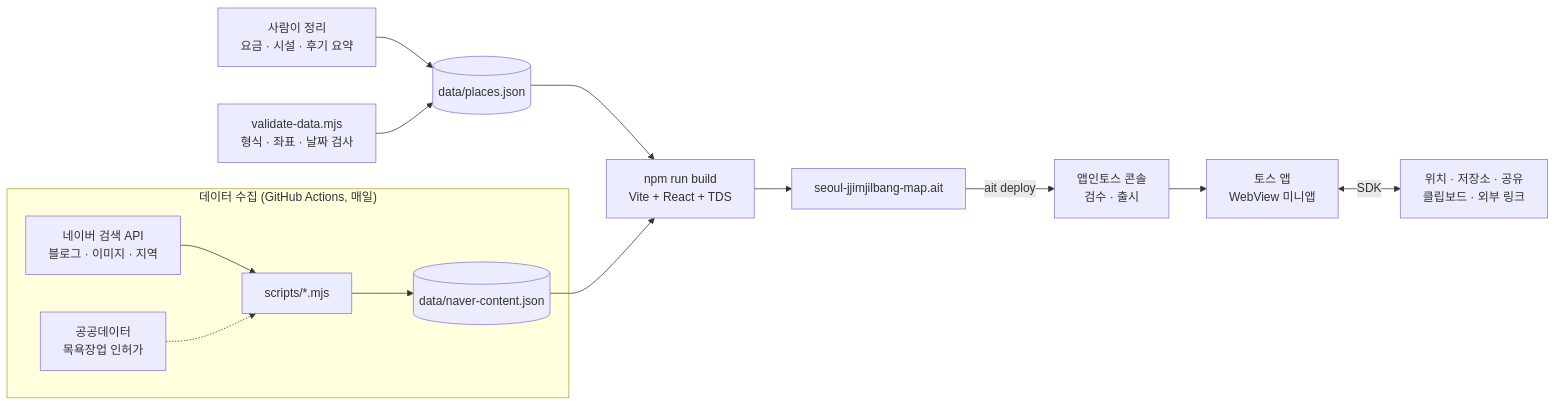
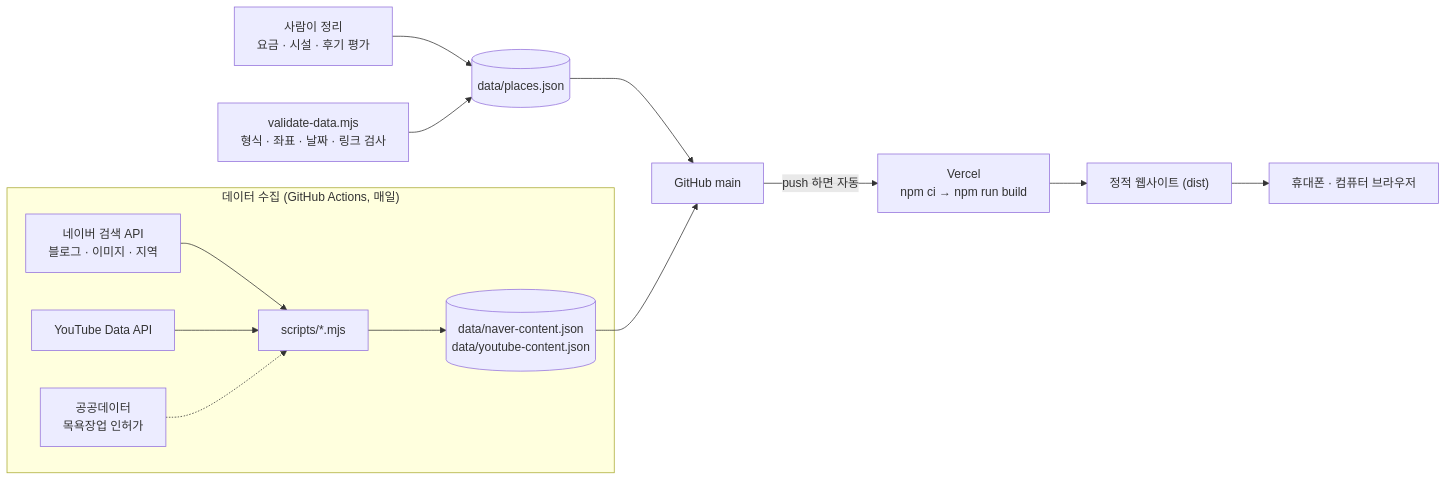
Before and after one commit to howoo101/test: the second of 2 diagrams in jjimjilbang-map/docs/기획서.md, drawn with Mermaid. The commit also changed other lines of this file and 25 other files, not shown here.

````diff
--- a/jjimjilbang-map/docs/기획서.md
+++ b/jjimjilbang-map/docs/기획서.md
@@ -290,16 +287,16 @@
 ```mermaid
 flowchart LR
   subgraph collect ["데이터 수집 (GitHub Actions, 매일)"]
     A["네이버 검색 API<br/>블로그 · 이미지 · 지역"] --> S["scripts/*.mjs"]
+    Y["YouTube Data API"] --> S
     P["공공데이터<br/>목욕장업 인허가"] -.-> S
-    S --> C[("data/naver-content.json")]
+    S --> C[("data/naver-content.json<br/>data/youtube-content.json")]
   end
-  M["사람이 정리<br/>요금 · 시설 · 후기 요약"] --> D[("data/places.json")]
-  V["validate-data.mjs<br/>형식 · 좌표 · 날짜 검사"] --> D
-  D --> B["npm run build<br/>Vite + React + TDS"]
-  C --> B
-  B --> F["seoul-jjimjilbang-map.ait"]
-  F -->|ait deploy| K["앱인토스 콘솔<br/>검수 · 출시"]
-  K --> T["토스 앱<br/>WebView 미니앱"]
-  T <-->|SDK| X["위치 · 저장소 · 공유<br/>클립보드 · 외부 링크"]
+  M["사람이 정리<br/>요금 · 시설 · 후기 평가"] --> D[("data/places.json")]
+  V["validate-data.mjs<br/>형식 · 좌표 · 날짜 · 링크 검사"] --> D
+  D --> G["GitHub main"]
+  C --> G
+  G -->|push 하면 자동| B["Vercel<br/>npm ci → npm run build"]
+  B --> W["정적 웹사이트 (dist)"]
+  W --> U["휴대폰 · 컴퓨터 브라우저"]
 ```
````
